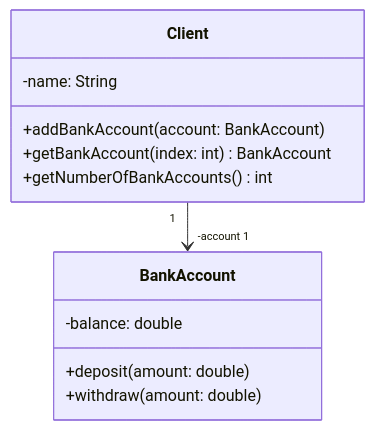
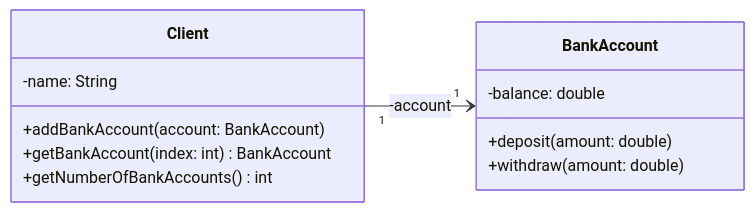
Before and after one commit to InfiniteAstral/notes: the third of 6 diagrams in 计算机科学/面向对象设计与Java编程/2 UML 类图及其设计/2-1 UML 类图.md, drawn with Mermaid. The commit also changed other lines of this file, not shown here.

Commit message:
docs: update 计算机科学/2 UML 类图及其设计/2-1 UML 类图.md

````diff
--- a/计算机科学/面向对象设计与Java编程/2 UML 类图及其设计/2-1 UML 类图.md
+++ b/计算机科学/面向对象设计与Java编程/2 UML 类图及其设计/2-1 UML 类图.md
@@ -69,15 +82,16 @@
-```mermaid
-classDiagram
-class Client {
-  -name: String
-  +addBankAccount(account: BankAccount)
-  +getBankAccount(index: int) BankAccount
-  +getNumberOfBankAccounts() int
-}
-class BankAccount {
-  -balance: double
-  +deposit(amount: double)
-  +withdraw(amount: double)
-}
-Client "1" --> "-account 1" BankAccount
-```
+  ```mermaid
+  classDiagram
+  direction LR
+  class Client {
+    -name: String
+    +addBankAccount(account: BankAccount)
+    +getBankAccount(index: int) BankAccount
+    +getNumberOfBankAccounts() int
+  }
+  class BankAccount {
+    -balance: double
+    +deposit(amount: double)
+    +withdraw(amount: double)
+  }
+  Client "1" --> "1" BankAccount : -account
+  ```
````
